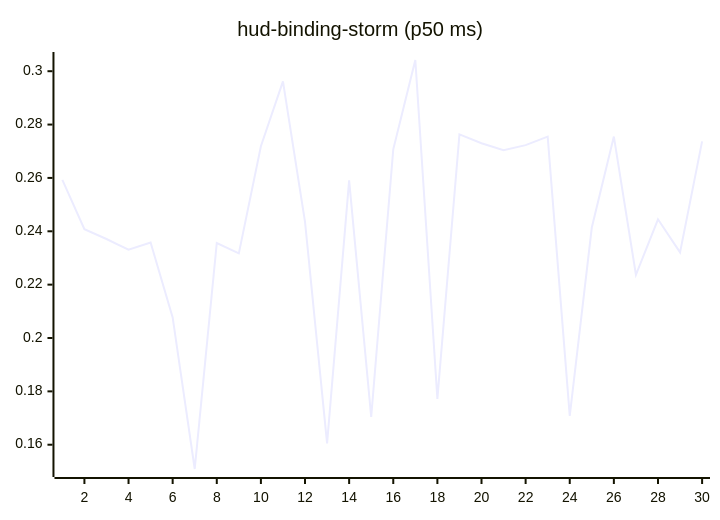
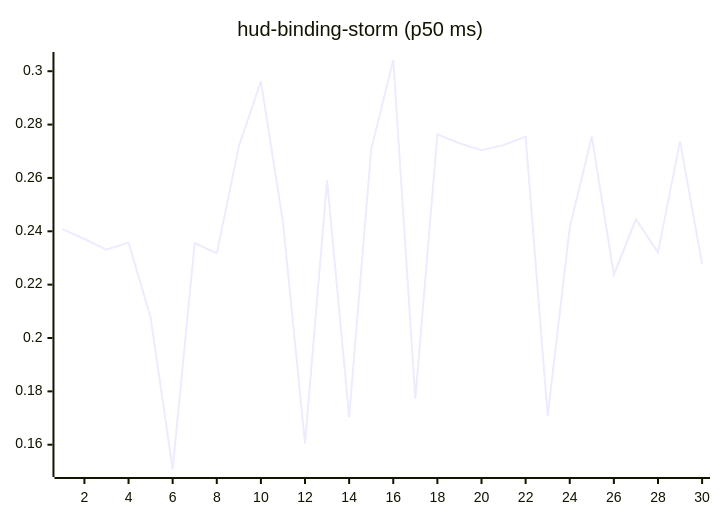
One commit to josha/Facet changed the tenth of 27 diagrams in README.md. Above: the diagram before and after it, drawn with Mermaid. The commit also changed other lines of this file and 2 other files, not shown here.

````diff
--- a/README.md
+++ b/README.md
@@ -126,6 +126,6 @@
 ```mermaid
 xychart-beta
     title "hud-binding-storm (p50 ms)"
     x-axis 1 --> 30
-    line [0.2593, 0.2408, 0.2371, 0.2331, 0.2358, 0.2077, 0.1509, 0.2356, 0.2317, 0.2719, 0.2962, 0.2435, 0.1605, 0.2591, 0.1704, 0.2707, 0.3042, 0.1772, 0.2763, 0.2730, 0.2704, 0.2723, 0.2755, 0.1708, 0.2414, 0.2755, 0.2237, 0.2445, 0.2321, 0.2737]
+    line [0.2408, 0.2371, 0.2331, 0.2358, 0.2077, 0.1509, 0.2356, 0.2317, 0.2719, 0.2962, 0.2435, 0.1605, 0.2591, 0.1704, 0.2707, 0.3042, 0.1772, 0.2763, 0.2730, 0.2704, 0.2723, 0.2755, 0.1708, 0.2414, 0.2755, 0.2237, 0.2445, 0.2321, 0.2737, 0.2278]
 ```
````
